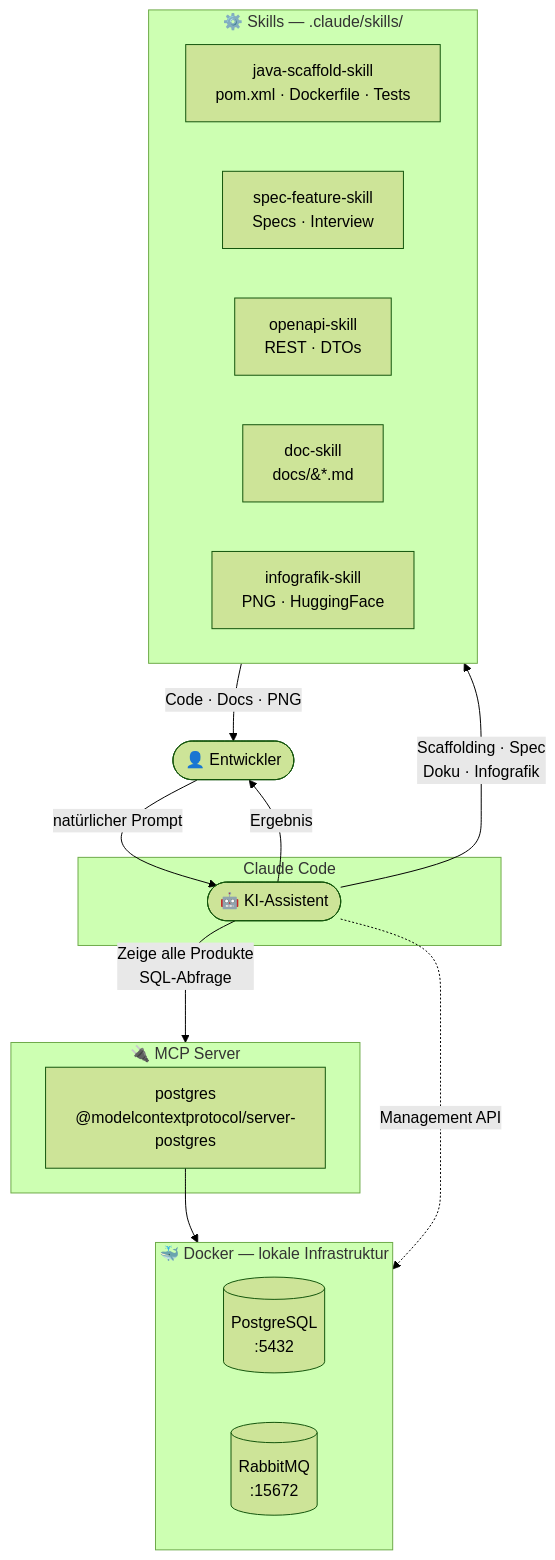
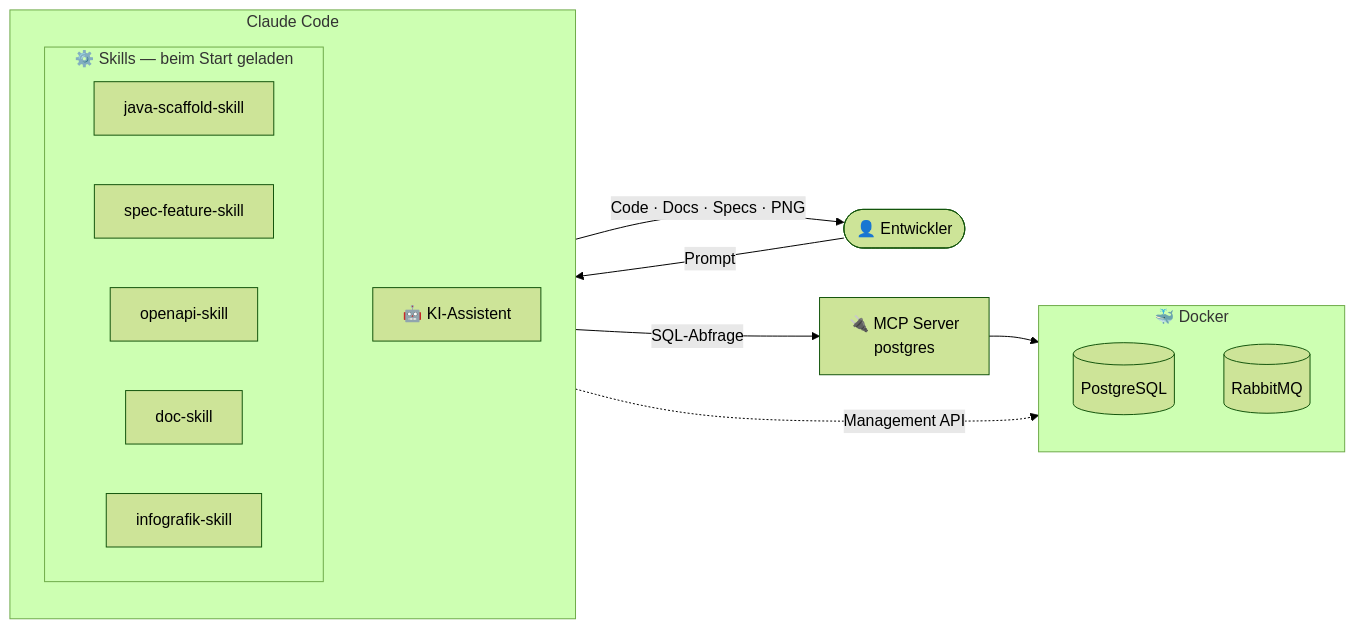
Before and after one commit to mgoericke/claude-skills-devcontainer: the diagram in README.md, drawn with Mermaid (forest theme).

Commit message:
docs: fix Mermaid diagram – Skills inside Claude Code, MCP as external tool
Skills sind Kontext der beim Start geladen wird (kein externer Service).
MCP Server ist ein externer Prozess den Claude Code als Werkzeug aufruft.

````diff
--- a/README.md
+++ b/README.md
@@ -22,35 +22,31 @@
 ```mermaid
-flowchart TD
+flowchart LR
     DEV(["👤 Entwickler"])
 
     subgraph CC["Claude Code"]
-        AI(["🤖 KI-Assistent"])
+        direction TB
+        AI["🤖 KI-Assistent"]
+        subgraph SK["⚙️ Skills  —  beim Start geladen"]
+            direction LR
+            S1["java-scaffold-skill"]
+            S2["spec-feature-skill"]
+            S3["openapi-skill"]
+            S4["doc-skill"]
+            S5["infografik-skill"]
+        end
     end
 
-    subgraph SK["⚙️ Skills  —  .claude/skills/"]
-        direction LR
-        S1["java-scaffold-skill\npom.xml · Dockerfile · Tests"]
-        S2["spec-feature-skill\nSpecs · Interview"]
-        S3["openapi-skill\nREST · DTOs"]
-        S4["doc-skill\ndocs/&#42;.md"]
-        S5["infografik-skill\nPNG · HuggingFace"]
+    MCP["🔌 MCP Server\npostgres"]
+
+    subgraph DOCKER["🐳 Docker"]
+        direction TB
+        DB[("PostgreSQL")]
+        RMQ[("RabbitMQ")]
     end
 
-    subgraph MCP["🔌 MCP Server"]
-        PG["postgres\n@modelcontextprotocol/server-postgres"]
-    end
-
-    subgraph INFRA["🐳 Docker  —  lokale Infrastruktur"]
-        direction LR
-        DB[("PostgreSQL\n:5432")]
-        RMQ[("RabbitMQ\n:15672")]
-    end
-
-    DEV -- "natürlicher Prompt" --> AI
-    AI -- "Scaffolding · Spec\nDoku · Infografik" --> SK
-    AI -- "Zeige alle Produkte\nSQL-Abfrage" --> MCP
-    PG --> DB
-    AI -. "Management API" .-> RMQ
-    SK -- "Code · Docs · PNG" --> DEV
-    AI -- "Ergebnis" --> DEV
+    DEV -- "Prompt" --> CC
+    CC -- "Code · Docs · Specs · PNG" --> DEV
+    CC -- "SQL-Abfrage" --> MCP
+    MCP --> DB
+    CC -. "Management API" .-> RMQ
 ```
````
